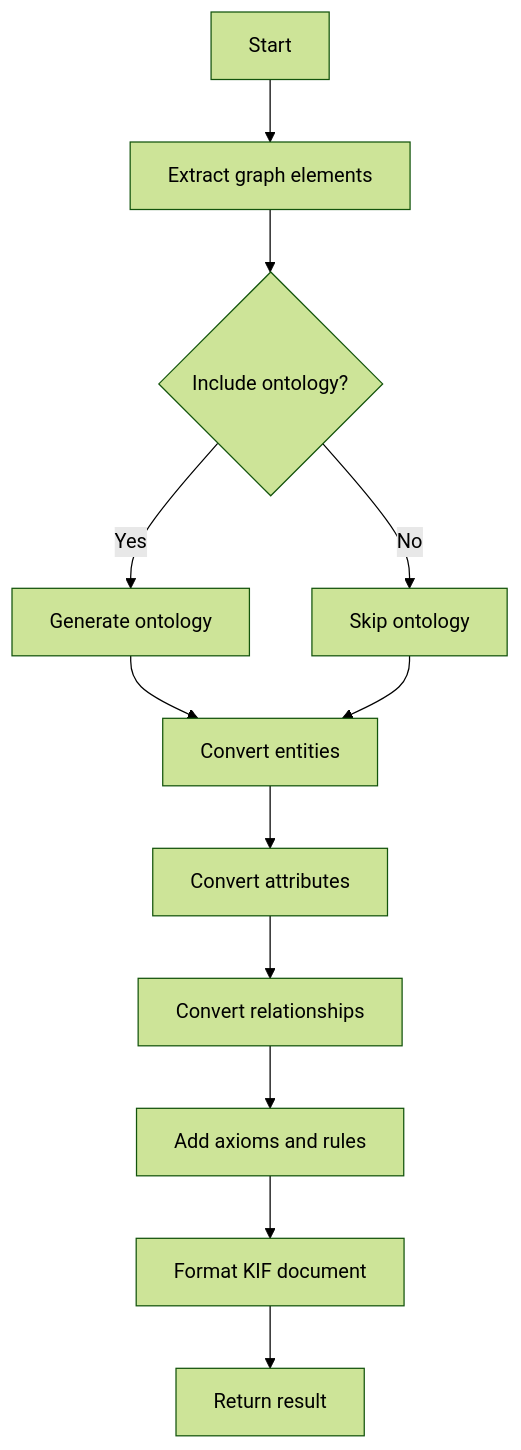
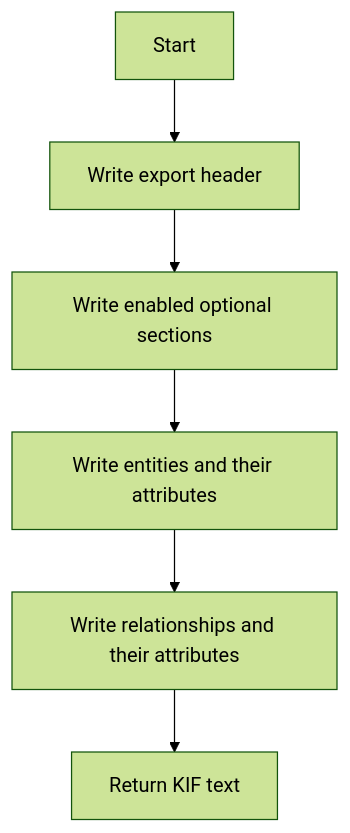
One commit to docxology/ultralink-docx changed the second of 2 diagrams in docs/formats/KIF_FORMAT.md. Above: the diagram before and after it, drawn with Mermaid (forest theme). The commit also changed other lines of this file and 9 other files, not shown here.

````diff
--- a/docs/formats/KIF_FORMAT.md
+++ b/docs/formats/KIF_FORMAT.md
@@ -302,14 +288,8 @@
 ```mermaid
 flowchart TD
-    A[Start] --> B[Extract graph elements]
-    B --> C{Include ontology?}
-    C -->|Yes| D[Generate ontology]
-    C -->|No| E[Skip ontology]
-    D --> F[Convert entities]
-    E --> F
-    F --> G[Convert attributes]
-    G --> H[Convert relationships]
-    H --> I[Add axioms and rules]
-    I --> J[Format KIF document]
-    J --> K[Return result]
+    A[Start] --> B[Write export header]
+    B --> C[Write enabled optional sections]
+    C --> D[Write entities and their attributes]
+    D --> E[Write relationships and their attributes]
+    E --> F[Return KIF text]
 ```
````
